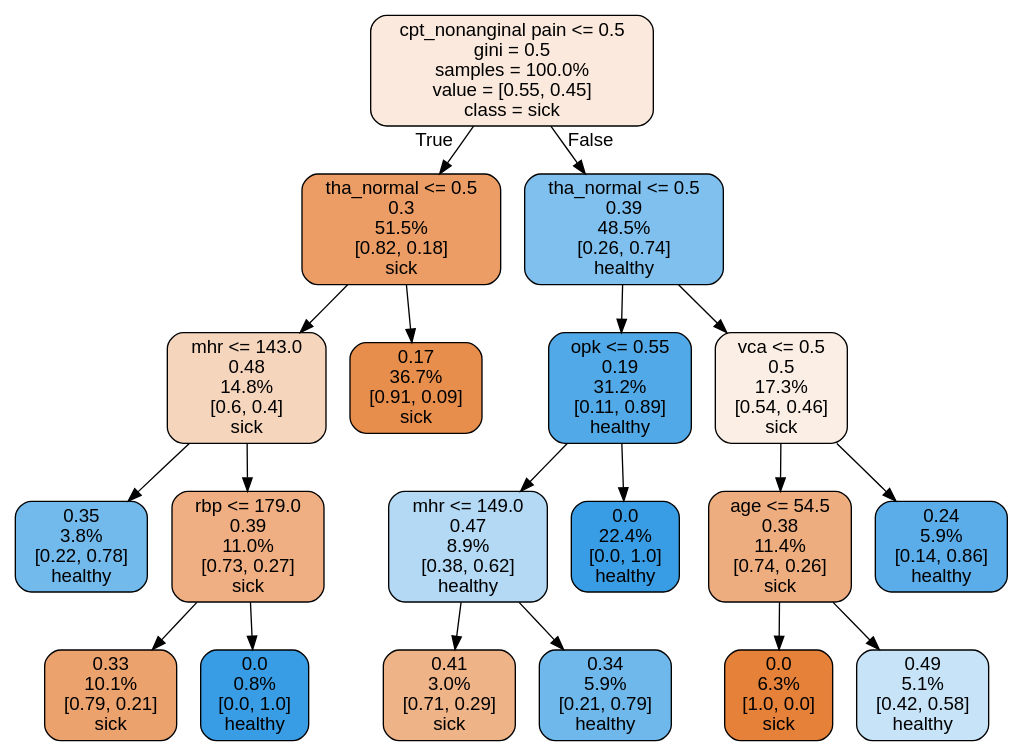
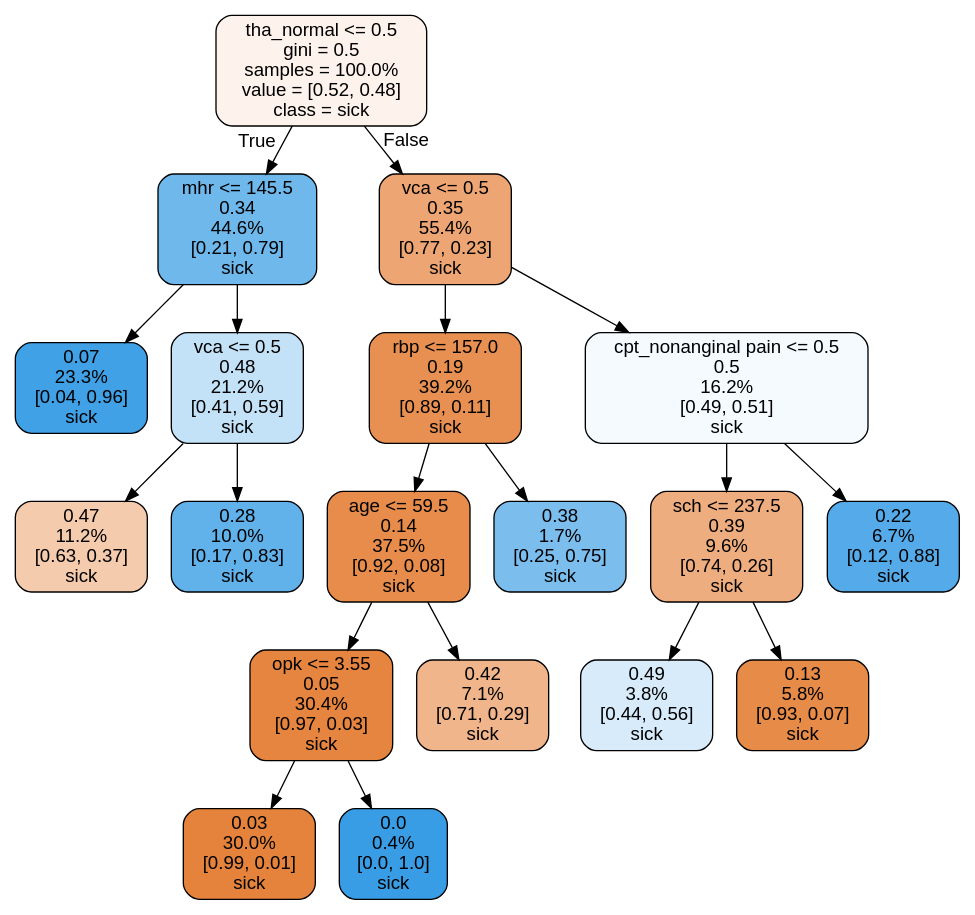
One commit to ma6068/SU changed the diagram in dot/decision_tree.dot. Above: the diagram before and after it, drawn with Graphviz. The commit also changed 45 other files, not shown here.

```diff
--- a/dot/decision_tree.dot
+++ b/dot/decision_tree.dot
@@ -1,41 +1,41 @@
 digraph Tree {
 node [shape=box, style="filled, rounded", color="black", fontname="helvetica"] ;
 edge [fontname="helvetica"] ;
-0 [label="cpt_nonanginal pain <= 0.5\ngini = 0.5\nsamples = 100.0%\nvalue = [0.55, 0.45]\nclass = sick", fillcolor="#fae9dc"] ;
-1 [label="tha_normal <= 0.5\n0.3\n51.5%\n[0.82, 0.18]\nsick", fillcolor="#eb9d65"] ;
+0 [label="tha_normal <= 0.5\ngini = 0.5\nsamples = 100.0%\nvalue = [0.52, 0.48]\nclass = sick", fillcolor="#fdf3ec"] ;
+1 [label="mhr <= 145.5\n0.34\n44.6%\n[0.21, 0.79]\nsick", fillcolor="#6fb8ec"] ;
 0 -> 1 [labeldistance=2.5, labelangle=45, headlabel="True"] ;
-7 [label="mhr <= 143.0\n0.48\n14.8%\n[0.6, 0.4]\nsick", fillcolor="#f6d5bd"] ;
-1 -> 7 ;
-13 [label="0.35\n3.8%\n[0.22, 0.78]\nhealthy", fillcolor="#72b9ec"] ;
+5 [label="0.07\n23.3%\n[0.04, 0.96]\nsick", fillcolor="#40a1e6"] ;
+1 -> 5 ;
+6 [label="vca <= 0.5\n0.48\n21.2%\n[0.41, 0.59]\nsick", fillcolor="#c4e2f7"] ;
+1 -> 6 ;
+9 [label="0.47\n11.2%\n[0.63, 0.37]\nsick", fillcolor="#f4cbad"] ;
+6 -> 9 ;
+10 [label="0.28\n10.0%\n[0.17, 0.83]\nsick", fillcolor="#61b1ea"] ;
+6 -> 10 ;
+2 [label="vca <= 0.5\n0.35\n55.4%\n[0.77, 0.23]\nsick", fillcolor="#eda673"] ;
+0 -> 2 [labeldistance=2.5, labelangle=-45, headlabel="False"] ;
+3 [label="rbp <= 157.0\n0.19\n39.2%\n[0.89, 0.11]\nsick", fillcolor="#e89051"] ;
+2 -> 3 ;
+11 [label="age <= 59.5\n0.14\n37.5%\n[0.92, 0.08]\nsick", fillcolor="#e78c4a"] ;
+3 -> 11 ;
+15 [label="opk <= 3.55\n0.05\n30.4%\n[0.97, 0.03]\nsick", fillcolor="#e6853f"] ;
+11 -> 15 ;
+17 [label="0.03\n30.0%\n[0.99, 0.01]\nsick", fillcolor="#e5833c"] ;
+15 -> 17 ;
+18 [label="0.0\n0.4%\n[0.0, 1.0]\nsick", fillcolor="#399de5"] ;
+15 -> 18 ;
+16 [label="0.42\n7.1%\n[0.71, 0.29]\nsick", fillcolor="#f0b58b"] ;
+11 -> 16 ;
+12 [label="0.38\n1.7%\n[0.25, 0.75]\nsick", fillcolor="#7bbeee"] ;
+3 -> 12 ;
+4 [label="cpt_nonanginal pain <= 0.5\n0.5\n16.2%\n[0.49, 0.51]\nsick", fillcolor="#f5fafe"] ;
+2 -> 4 ;
+7 [label="sch <= 237.5\n0.39\n9.6%\n[0.74, 0.26]\nsick", fillcolor="#eead7f"] ;
+4 -> 7 ;
+13 [label="0.49\n3.8%\n[0.44, 0.56]\nsick", fillcolor="#d7ebfa"] ;
 7 -> 13 ;
-14 [label="rbp <= 179.0\n0.39\n11.0%\n[0.73, 0.27]\nsick", fillcolor="#efaf82"] ;
+14 [label="0.13\n5.8%\n[0.93, 0.07]\nsick", fillcolor="#e78b48"] ;
 7 -> 14 ;
-17 [label="0.33\n10.1%\n[0.79, 0.21]\nsick", fillcolor="#eca26d"] ;
-14 -> 17 ;
-18 [label="0.0\n0.8%\n[0.0, 1.0]\nhealthy", fillcolor="#399de5"] ;
-14 -> 18 ;
-8 [label="0.17\n36.7%\n[0.91, 0.09]\nsick", fillcolor="#e88e4d"] ;
-1 -> 8 ;
-2 [label="tha_normal <= 0.5\n0.39\n48.5%\n[0.26, 0.74]\nhealthy", fillcolor="#7fc0ee"] ;
-0 -> 2 [labeldistance=2.5, labelangle=-45, headlabel="False"] ;
-3 [label="opk <= 0.55\n0.19\n31.2%\n[0.11, 0.89]\nhealthy", fillcolor="#51a9e8"] ;
-2 -> 3 ;
-11 [label="mhr <= 149.0\n0.47\n8.9%\n[0.38, 0.62]\nhealthy", fillcolor="#b3d9f5"] ;
-3 -> 11 ;
-15 [label="0.41\n3.0%\n[0.71, 0.29]\nsick", fillcolor="#efb388"] ;
-11 -> 15 ;
-16 [label="0.34\n5.9%\n[0.21, 0.79]\nhealthy", fillcolor="#6fb8ec"] ;
-11 -> 16 ;
-12 [label="0.0\n22.4%\n[0.0, 1.0]\nhealthy", fillcolor="#399de5"] ;
-3 -> 12 ;
-4 [label="vca <= 0.5\n0.5\n17.3%\n[0.54, 0.46]\nsick", fillcolor="#fbeee4"] ;
-2 -> 4 ;
-5 [label="age <= 54.5\n0.38\n11.4%\n[0.74, 0.26]\nsick", fillcolor="#eead7e"] ;
-4 -> 5 ;
-9 [label="0.0\n6.3%\n[1.0, 0.0]\nsick", fillcolor="#e58139"] ;
-5 -> 9 ;
-10 [label="0.49\n5.1%\n[0.42, 0.58]\nhealthy", fillcolor="#c6e3f8"] ;
-5 -> 10 ;
-6 [label="0.24\n5.9%\n[0.14, 0.86]\nhealthy", fillcolor="#5aade9"] ;
-4 -> 6 ;
+8 [label="0.22\n6.7%\n[0.12, 0.88]\nsick", fillcolor="#55abe9"] ;
+4 -> 8 ;
 }
```
